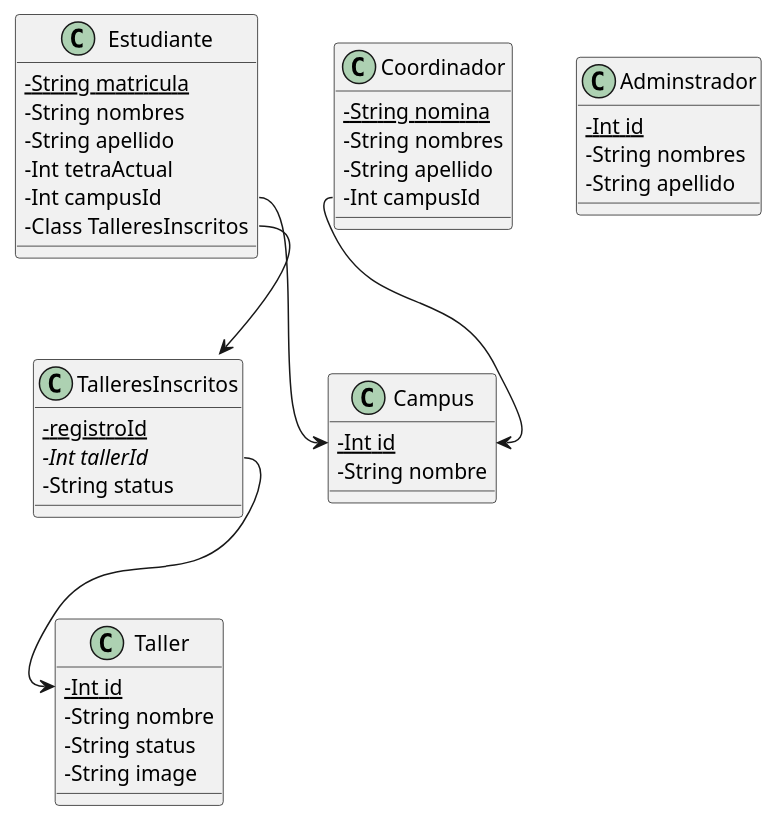
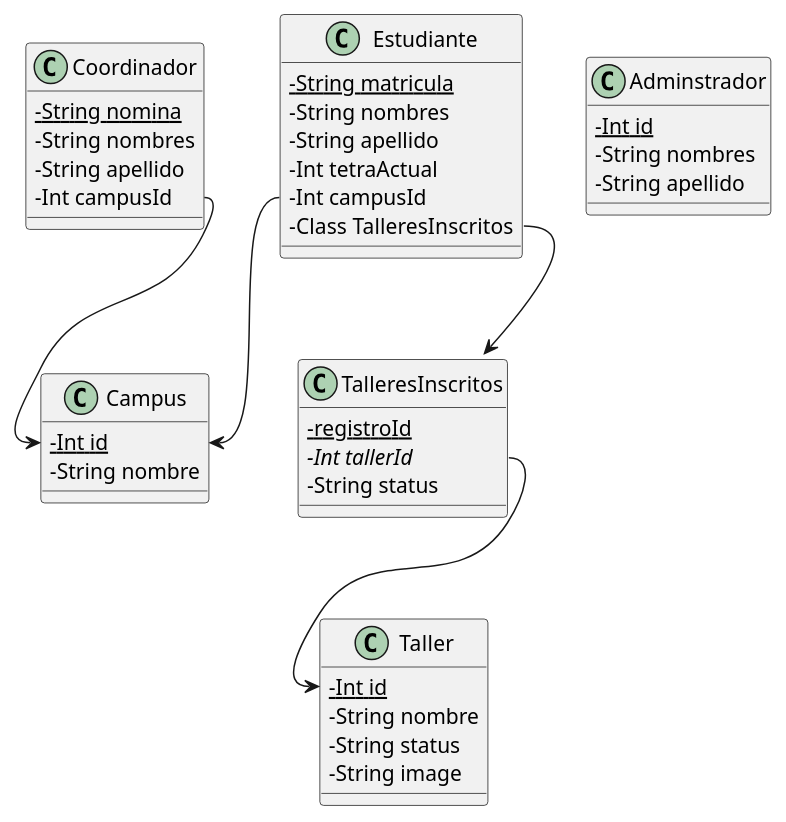
Before and after one commit to facund015/codeRelatedObsidianNotes: the diagram in Reto/Base de datos.md, drawn with PlantUML. The commit also changed other lines of this file, not shown here.

````diff
--- a/Reto/Base de datos.md
+++ b/Reto/Base de datos.md
@@ -2,51 +2,51 @@
 ```plantuml
 @startuml
 skinparam classAttributeIconSize 0
 class Estudiante {
 	{static} - String matricula
 	-String nombres
 	-String apellido
 	-Int tetraActual
 	-Int campusId
 	-Class TalleresInscritos
+}
+
+class Campus {
+	{static} -Int id
+	-String nombre
 }
 
 class TalleresInscritos {
 	{static} -registroId 
 	{abstract} -Int tallerId
 	-String status
 }
 
 class Coordinador {
 	{static} -String nomina
 	-String nombres
 	-String apellido
 	-Int campusId
 }
 
 class Taller {
     {static} -Int id 
     - String nombre
     - String status
     - String image
 }
 
-class Campus {
-	{static} -Int id
-	-String nombre
-}
 
 class Adminstrador {
 	{static} -Int id
 	-String nombres
 	-String apellido
 }
 
 Estudiante::TalleresInscritos --> TalleresInscritos
 TalleresInscritos::tallerId --> Taller::id
 Estudiante::campusId --> Campus::id
 Coordinador::campusId --> Campus::id 
 
-
 @enduml
 ```
````
